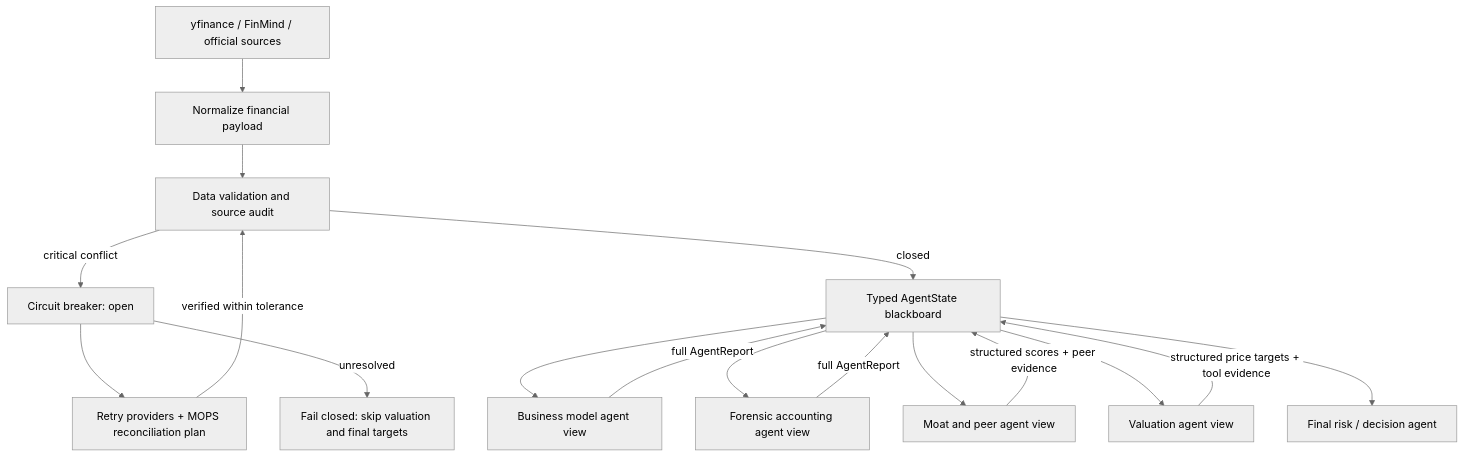
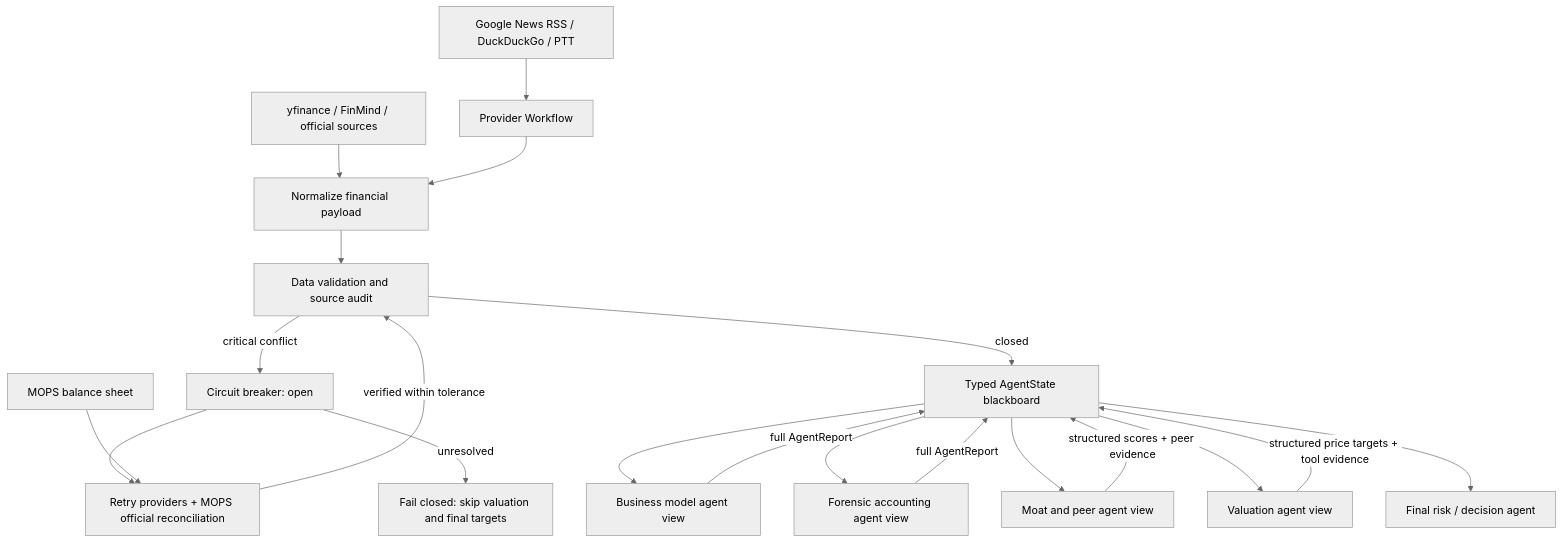
One commit to aibalbo999/unstuck changed the second of 2 diagrams in docs/architecture.md. Above: the diagram before and after it, drawn with Mermaid (neutral theme). The commit also changed other lines of this file and 3 other files, not shown here.

````diff
--- a/docs/architecture.md
+++ b/docs/architecture.md
@@ -38,22 +38,25 @@
 ```mermaid
 flowchart TD
     Providers["yfinance / FinMind / official sources"] --> Normalize["Normalize financial payload"]
+    FreeNews["Google News RSS / DuckDuckGo / PTT"] --> ProviderWorkflow["Provider Workflow"]
+    ProviderWorkflow --> Normalize
     Normalize --> Validate["Data validation and source audit"]
     Validate -->|"critical conflict"| Breaker["Circuit breaker: open"]
-    Breaker --> Reconcile["Retry providers + MOPS reconciliation plan"]
+    Breaker --> Reconcile["Retry providers + MOPS official reconciliation"]
+    MOPS["MOPS balance sheet"] --> Reconcile
     Reconcile -->|"verified within tolerance"| Validate
     Breaker -->|"unresolved"| Block["Fail closed: skip valuation and final targets"]
     Validate -->|"closed"| State["Typed AgentState blackboard"]
 
     State --> Business["Business model agent view"]
     State --> Forensic["Forensic accounting agent view"]
     State --> Moat["Moat and peer agent view"]
     State --> Valuation["Valuation agent view"]
 
     Business -->|"full AgentReport"| State
     Forensic -->|"full AgentReport"| State
     Moat -->|"structured scores + peer evidence"| State
     Valuation -->|"structured price targets + tool evidence"| State
 
     State --> Final["Final risk / decision agent"]
 ```
````
